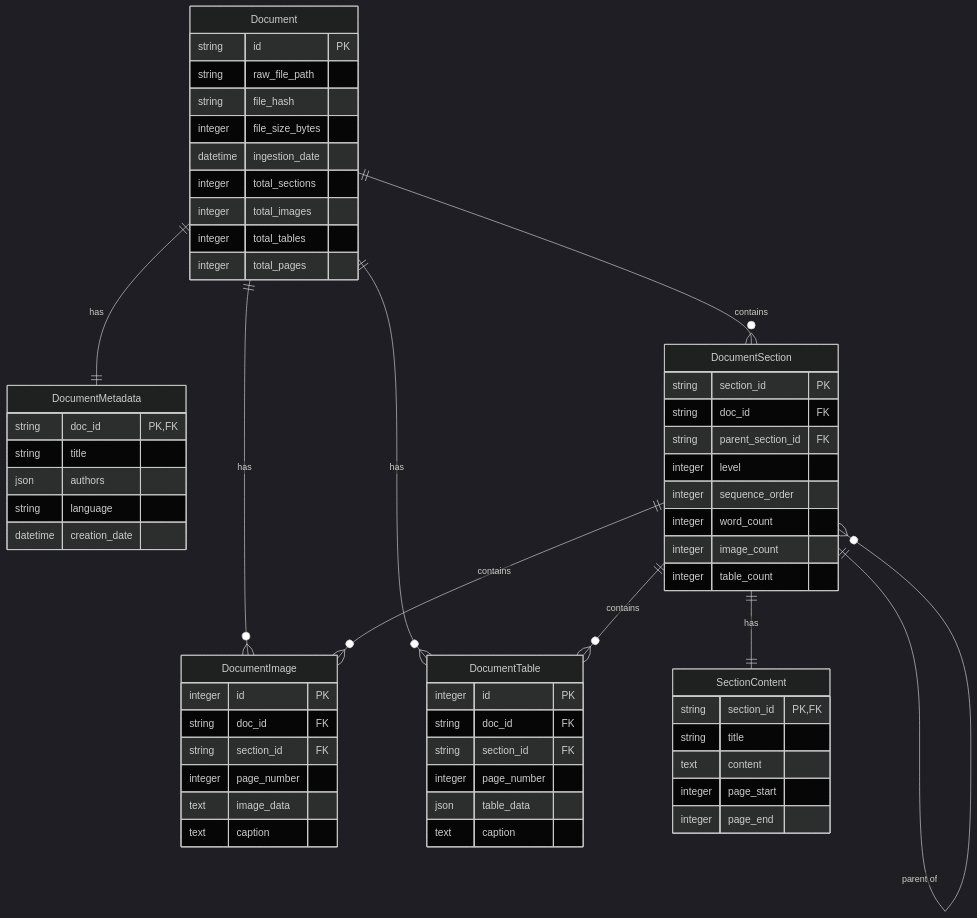
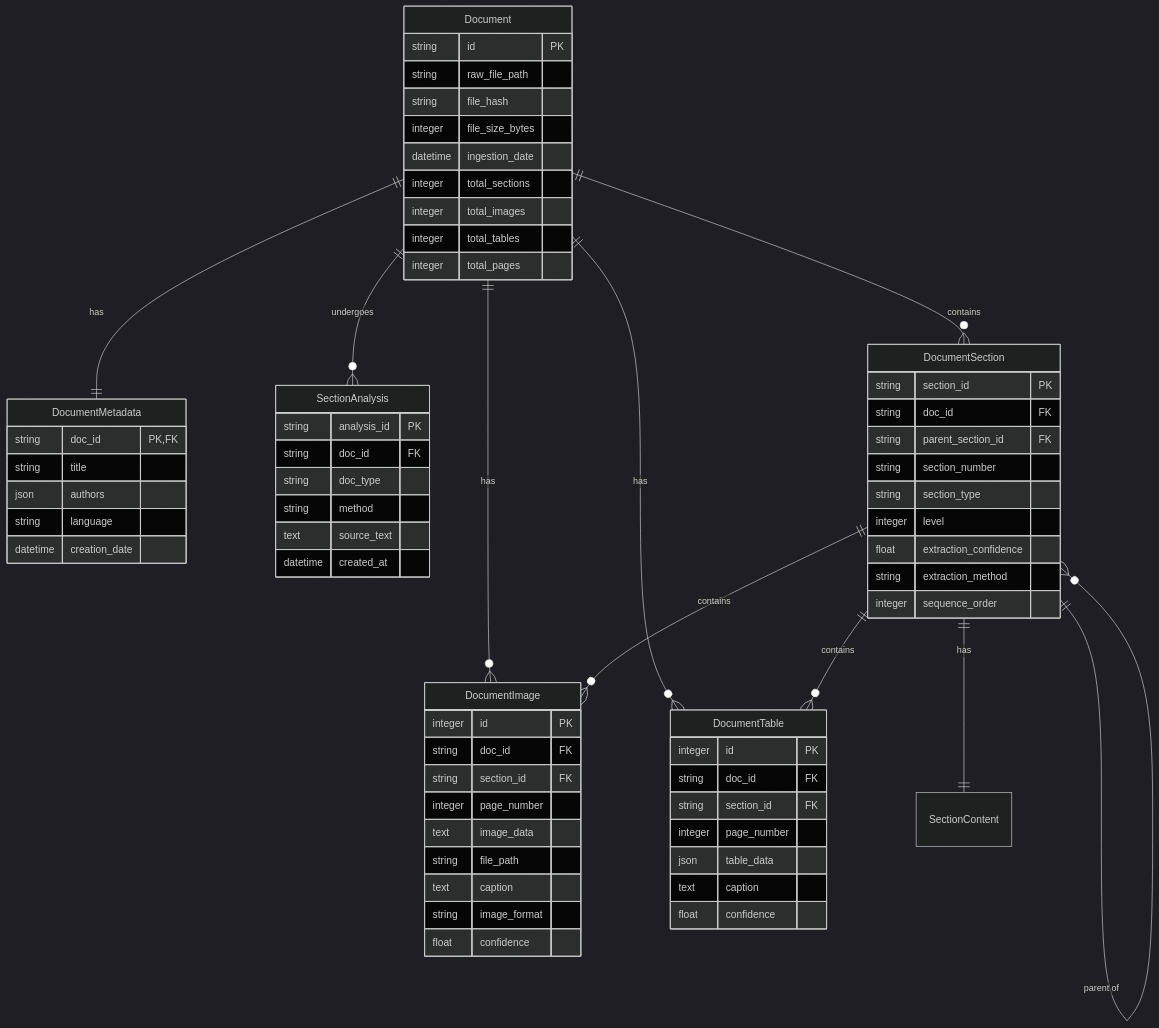
Before and after one commit to NicholasGrundl/ragnostic: the sixth of 7 diagrams in llm/context/docs_content.md, drawn with Mermaid (dark theme). The commit also changed other lines of this file and 7 other files, not shown here.

````diff
--- a/llm/context/docs_content.md
+++ b/llm/context/docs_content.md
@@ -1938,68 +1927,75 @@
 ```mermaid
 erDiagram
     Document ||--|| DocumentMetadata : has
+    Document ||--o{ SectionAnalysis : undergoes
     Document ||--o{ DocumentSection : contains
     Document ||--o{ DocumentImage : has
     Document ||--o{ DocumentTable : has
     DocumentSection ||--|| SectionContent : has
     DocumentSection ||--o{ DocumentSection : "parent of"
     DocumentSection ||--o{ DocumentImage : contains
     DocumentSection ||--o{ DocumentTable : contains
 
     Document {
         string id PK
         string raw_file_path
         string file_hash
         integer file_size_bytes
         datetime ingestion_date
         integer total_sections
         integer total_images
         integer total_tables
         integer total_pages
     }
 
     DocumentMetadata {
         string doc_id PK, FK
         string title
         json authors
         string language
         datetime creation_date
     }
 
+    SectionAnalysis {
+        string analysis_id PK
+        string doc_id FK
+        string doc_type
+        string method
+        text source_text
+        datetime created_at
+    }
+
     DocumentSection {
         string section_id PK
         string doc_id FK
         string parent_section_id FK
+        string section_number
+        string section_type
         integer level
+        float extraction_confidence
+        string extraction_method
         integer sequence_order
-        integer word_count
-        integer image_count
-        integer table_count
-    }
-
-    SectionContent {
-        string section_id PK, FK
-        string title
-        text content
-        integer page_start
-        integer page_end
     }
 
     DocumentImage {
         integer id PK
         string doc_id FK
         string section_id FK
         integer page_number
         text image_data
+        string file_path
         text caption
+        string image_format
+        float confidence
     }
 
     DocumentTable {
         integer id PK
         string doc_id FK
         string section_id FK
         integer page_number
         json table_data
         text caption
+        float confidence
     }
-```    
+```
````
